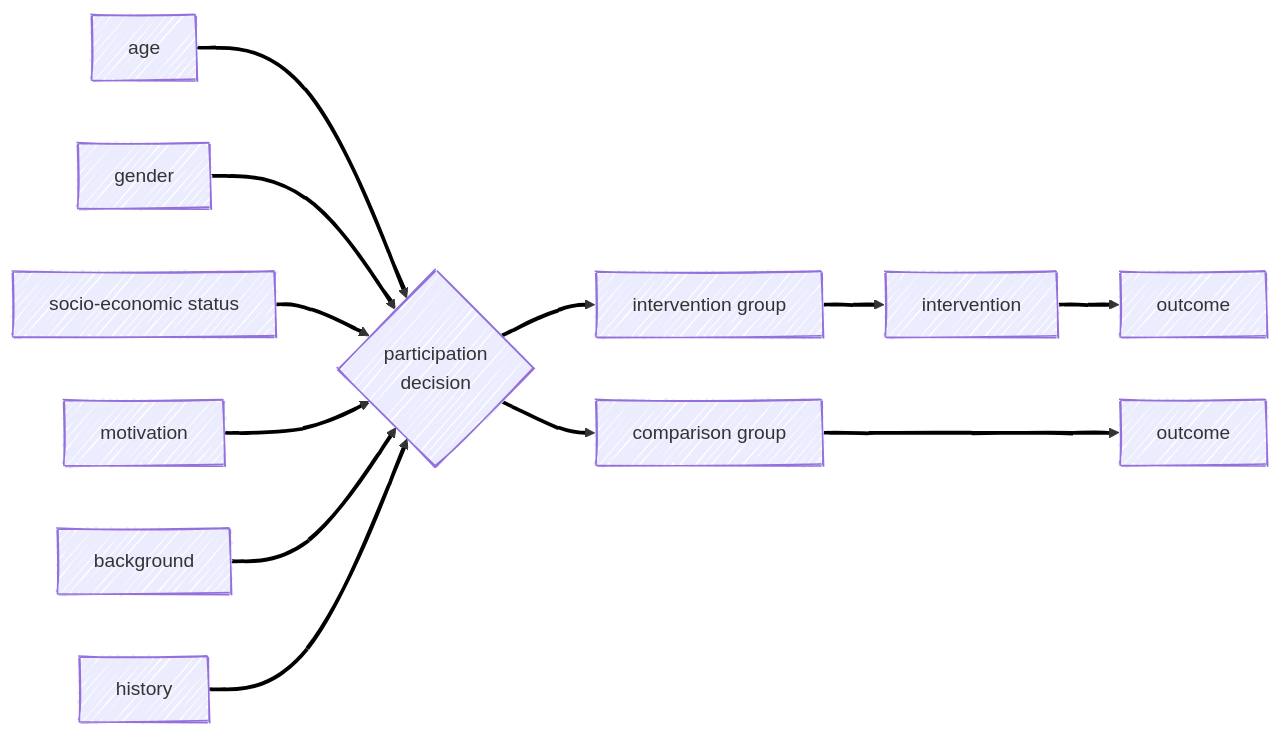
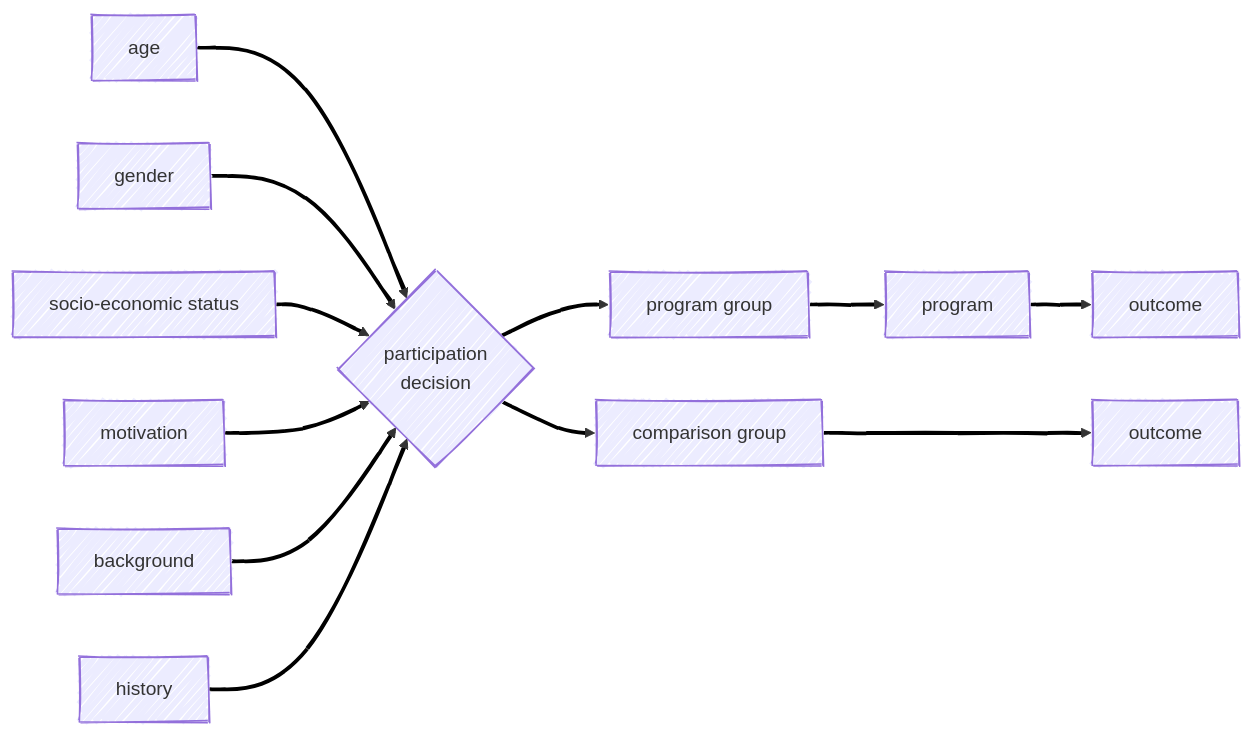
Before and after one commit to agrogan1/closeread: the seventh of 8 diagrams in multivariate/multivariate.qmd, drawn with Mermaid. The commit also changed other lines of this file and 2 other files, not shown here.

Commit message:
added classDef forestgreen; "intervention" --> "program"

````diff
--- a/multivariate/multivariate.qmd
+++ b/multivariate/multivariate.qmd
@@ -241,36 +260,36 @@
 ```{mermaid}
 ---
 config:
   look: handDrawn
   theme: default
 ---
 
 flowchart LR
 
 participation{participation <br>decision}
 
 age --> participation
 
 gender --> participation
 
 ses["socio-economic status"] --> participation
 
 motivation --> participation
 
 background --> participation
 
 history --> participation
 
-participation --> interventiongroup["intervention group"]
+participation --> programgroup["program group"]
 
 participation --> comparisongroup["comparison group"]
 
-interventiongroup --> intervention
+programgroup --> program
 
-intervention[intervention] --> outcome1[outcome]
+program[program] --> outcome1[outcome]
 
 comparisongroup["comparison group"] ---> outcome0[outcome]
 
   linkStyle 0,1,2,3,4,5,6,7,8,9,10 stroke:#000000,stroke-width:3px,font-size:36px,color:black;
 
 ```
````
